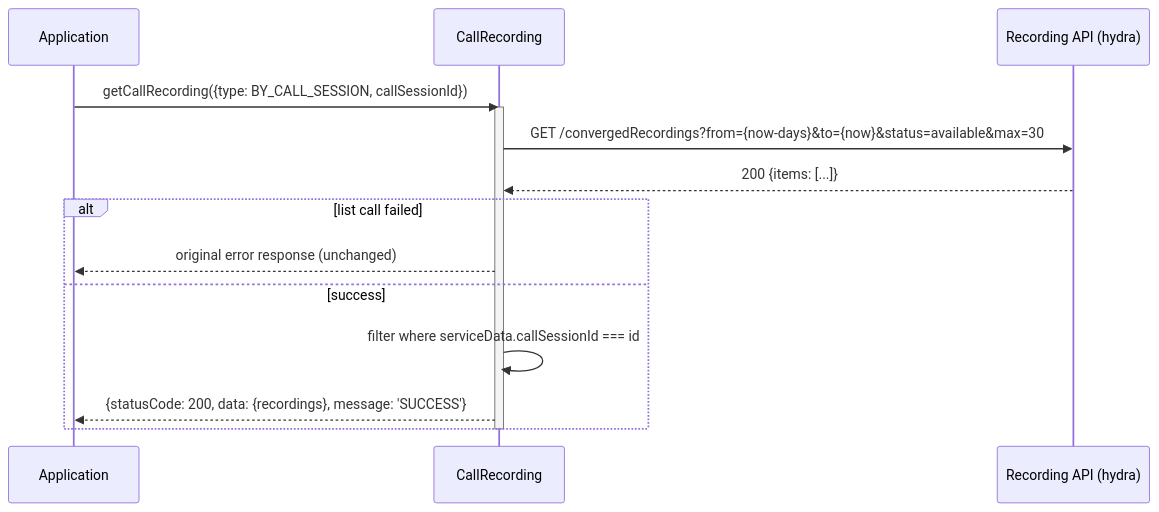
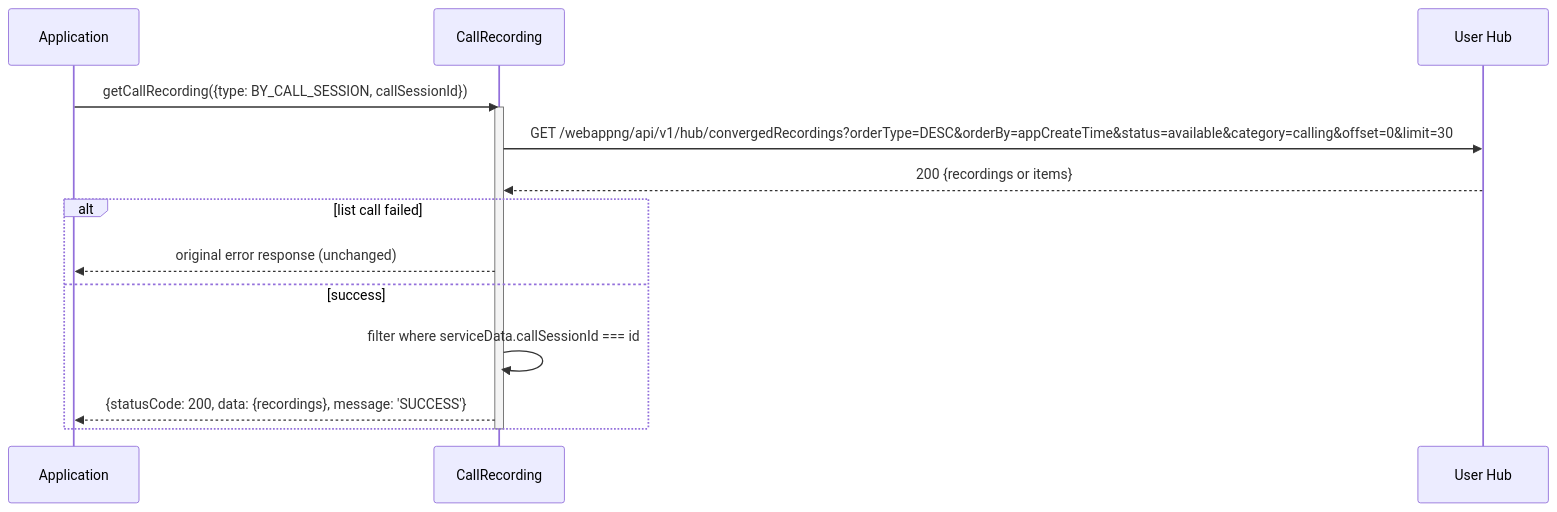
Before and after one commit to webex/webex-js-sdk: the fifth of 6 diagrams in packages/calling/src/CallRecording/ai-docs/ARCHITECTURE.md, drawn with Mermaid. The commit also changed other lines of this file and 15 other files, not shown here.

Commit message:
feat(calling): read call recordings from User Hub (#5317)

````diff
--- a/packages/calling/src/CallRecording/ai-docs/ARCHITECTURE.md
+++ b/packages/calling/src/CallRecording/ai-docs/ARCHITECTURE.md
@@ -177,18 +181,18 @@
 ```mermaid
 sequenceDiagram
     participant App as Application
     participant CR as CallRecording
-    participant WxApp as Recording API (hydra)
+    participant WxApp as User Hub
 
     App->>CR: getCallRecording({type: BY_CALL_SESSION, callSessionId})
     activate CR
-    CR->>WxApp: GET /convergedRecordings?from={now-days}&to={now}&status=available&max=30
-    WxApp-->>CR: 200 {items: [...]}
+    CR->>WxApp: GET /webappng/api/v1/hub/convergedRecordings?orderType=DESC&orderBy=appCreateTime&status=available&category=calling&offset=0&limit=30
+    WxApp-->>CR: 200 {recordings or items}
     alt list call failed
         CR-->>App: original error response (unchanged)
     else success
         CR->>CR: filter where serviceData.callSessionId === id
         CR-->>App: {statusCode: 200, data: {recordings}, message: 'SUCCESS'}
     end
     deactivate CR
 ```
````
